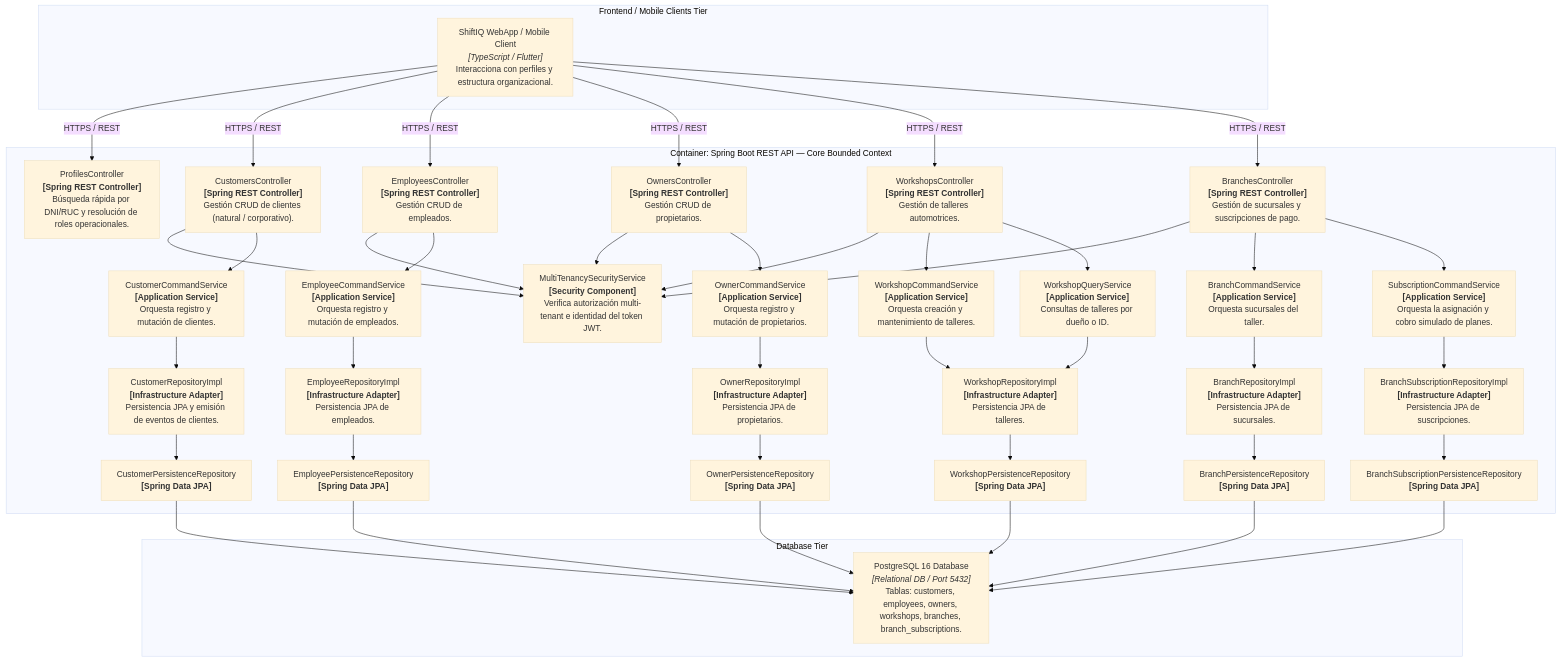
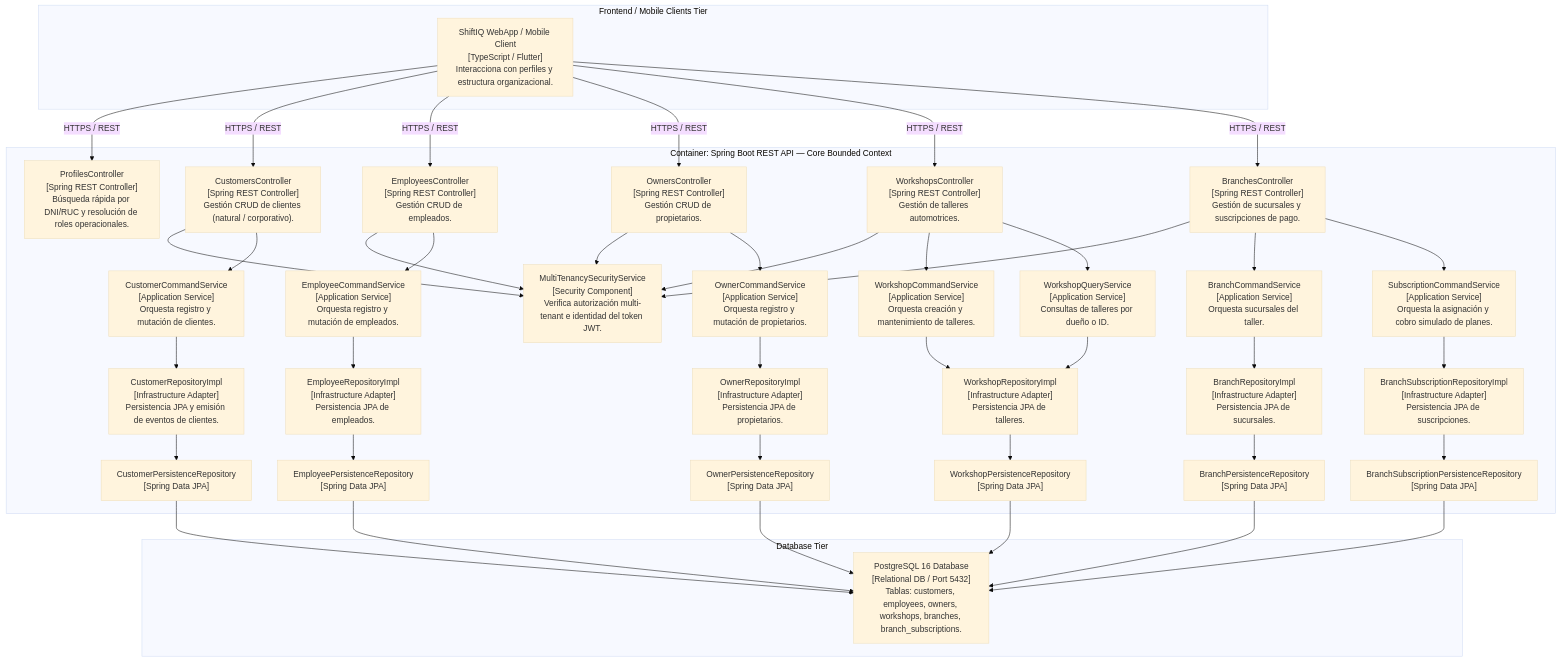
Before and after one commit to tux-logic/upc-pre-202620-1acc0238-13981-TuxLogic-report: the fifth of 7 diagrams in docs/core-bounded-context-dictionary.md, drawn with Mermaid (base theme). The commit also changed 57 other files, not shown here.

Commit message:
fix(diagrams): fix HTML labels, format bold C4 titles and add gitignore.

````diff
--- a/docs/core-bounded-context-dictionary.md
+++ b/docs/core-bounded-context-dictionary.md
@@ -726,44 +726,44 @@
 ```mermaid
 graph TB
     subgraph Client_Tier ["Frontend / Mobile Clients Tier"]
-        ClientApp["ShiftIQ WebApp / Mobile Client<br><i>[TypeScript / Flutter]</i><br>Interacciona con perfiles y estructura organizacional."]
+        ClientApp["ShiftIQ WebApp / Mobile Client<br>[TypeScript / Flutter]<br>Interacciona con perfiles y estructura organizacional."]
     end
 
     subgraph External_DB ["Database Tier"]
-        PostgreSql["PostgreSQL 16 Database<br><i>[Relational DB / Port 5432]</i><br>Tablas: customers, employees, owners, workshops, branches, branch_subscriptions."]
+        PostgreSql["PostgreSQL 16 Database<br>[Relational DB / Port 5432]<br>Tablas: customers, employees, owners, workshops, branches, branch_subscriptions."]
     end
 
     subgraph Core_Container ["Container: Spring Boot REST API — Core Bounded Context"]
-        ProfilesCtrl["ProfilesController<br><b>[Spring REST Controller]</b><br>Búsqueda rápida por DNI/RUC y resolución de roles operacionales."]
-        CustomersCtrl["CustomersController<br><b>[Spring REST Controller]</b><br>Gestión CRUD de clientes (natural / corporativo)."]
-        EmployeesCtrl["EmployeesController<br><b>[Spring REST Controller]</b><br>Gestión CRUD de empleados."]
-        OwnersCtrl["OwnersController<br><b>[Spring REST Controller]</b><br>Gestión CRUD de propietarios."]
-        WorkshopsCtrl["WorkshopsController<br><b>[Spring REST Controller]</b><br>Gestión de talleres automotrices."]
-        BranchesCtrl["BranchesController<br><b>[Spring REST Controller]</b><br>Gestión de sucursales y suscripciones de pago."]
+        ProfilesCtrl["ProfilesController<br>[Spring REST Controller]<br>Búsqueda rápida por DNI/RUC y resolución de roles operacionales."]
+        CustomersCtrl["CustomersController<br>[Spring REST Controller]<br>Gestión CRUD de clientes (natural / corporativo)."]
+        EmployeesCtrl["EmployeesController<br>[Spring REST Controller]<br>Gestión CRUD de empleados."]
+        OwnersCtrl["OwnersController<br>[Spring REST Controller]<br>Gestión CRUD de propietarios."]
+        WorkshopsCtrl["WorkshopsController<br>[Spring REST Controller]<br>Gestión de talleres automotrices."]
+        BranchesCtrl["BranchesController<br>[Spring REST Controller]<br>Gestión de sucursales y suscripciones de pago."]
 
-        MultiTenancySecService["MultiTenancySecurityService<br><b>[Security Component]</b><br>Verifica autorización multi-tenant e identidad del token JWT."]
+        MultiTenancySecService["MultiTenancySecurityService<br>[Security Component]<br>Verifica autorización multi-tenant e identidad del token JWT."]
 
-        CustCmdService["CustomerCommandService<br><b>[Application Service]</b><br>Orquesta registro y mutación de clientes."]
-        EmpCmdService["EmployeeCommandService<br><b>[Application Service]</b><br>Orquesta registro y mutación de empleados."]
-        OwnerCmdService["OwnerCommandService<br><b>[Application Service]</b><br>Orquesta registro y mutación de propietarios."]
-        WorkCmdService["WorkshopCommandService<br><b>[Application Service]</b><br>Orquesta creación y mantenimiento de talleres."]
-        WorkQueryService["WorkshopQueryService<br><b>[Application Service]</b><br>Consultas de talleres por dueño o ID."]
-        BranchCmdService["BranchCommandService<br><b>[Application Service]</b><br>Orquesta sucursales del taller."]
-        SubCmdService["SubscriptionCommandService<br><b>[Application Service]</b><br>Orquesta la asignación y cobro simulado de planes."]
+        CustCmdService["CustomerCommandService<br>[Application Service]<br>Orquesta registro y mutación de clientes."]
+        EmpCmdService["EmployeeCommandService<br>[Application Service]<br>Orquesta registro y mutación de empleados."]
+        OwnerCmdService["OwnerCommandService<br>[Application Service]<br>Orquesta registro y mutación de propietarios."]
+        WorkCmdService["WorkshopCommandService<br>[Application Service]<br>Orquesta creación y mantenimiento de talleres."]
+        WorkQueryService["WorkshopQueryService<br>[Application Service]<br>Consultas de talleres por dueño o ID."]
+        BranchCmdService["BranchCommandService<br>[Application Service]<br>Orquesta sucursales del taller."]
+        SubCmdService["SubscriptionCommandService<br>[Application Service]<br>Orquesta la asignación y cobro simulado de planes."]
 
-        CustRepoAdapter["CustomerRepositoryImpl<br><b>[Infrastructure Adapter]</b><br>Persistencia JPA y emisión de eventos de clientes."]
-        EmpRepoAdapter["EmployeeRepositoryImpl<br><b>[Infrastructure Adapter]</b><br>Persistencia JPA de empleados."]
-        OwnerRepoAdapter["OwnerRepositoryImpl<br><b>[Infrastructure Adapter]</b><br>Persistencia JPA de propietarios."]
-        WorkRepoAdapter["WorkshopRepositoryImpl<br><b>[Infrastructure Adapter]</b><br>Persistencia JPA de talleres."]
-        BranchRepoAdapter["BranchRepositoryImpl<br><b>[Infrastructure Adapter]</b><br>Persistencia JPA de sucursales."]
-        SubRepoAdapter["BranchSubscriptionRepositoryImpl<br><b>[Infrastructure Adapter]</b><br>Persistencia JPA de suscripciones."]
+        CustRepoAdapter["CustomerRepositoryImpl<br>[Infrastructure Adapter]<br>Persistencia JPA y emisión de eventos de clientes."]
+        EmpRepoAdapter["EmployeeRepositoryImpl<br>[Infrastructure Adapter]<br>Persistencia JPA de empleados."]
+        OwnerRepoAdapter["OwnerRepositoryImpl<br>[Infrastructure Adapter]<br>Persistencia JPA de propietarios."]
+        WorkRepoAdapter["WorkshopRepositoryImpl<br>[Infrastructure Adapter]<br>Persistencia JPA de talleres."]
+        BranchRepoAdapter["BranchRepositoryImpl<br>[Infrastructure Adapter]<br>Persistencia JPA de sucursales."]
+        SubRepoAdapter["BranchSubscriptionRepositoryImpl<br>[Infrastructure Adapter]<br>Persistencia JPA de suscripciones."]
 
-        CustJpaRepo["CustomerPersistenceRepository<br><b>[Spring Data JPA]</b>"]
-        EmpJpaRepo["EmployeePersistenceRepository<br><b>[Spring Data JPA]</b>"]
-        OwnerJpaRepo["OwnerPersistenceRepository<br><b>[Spring Data JPA]</b>"]
-        WorkJpaRepo["WorkshopPersistenceRepository<br><b>[Spring Data JPA]</b>"]
-        BranchJpaRepo["BranchPersistenceRepository<br><b>[Spring Data JPA]</b>"]
-        SubJpaRepo["BranchSubscriptionPersistenceRepository<br><b>[Spring Data JPA]</b>"]
+        CustJpaRepo["CustomerPersistenceRepository<br>[Spring Data JPA]"]
+        EmpJpaRepo["EmployeePersistenceRepository<br>[Spring Data JPA]"]
+        OwnerJpaRepo["OwnerPersistenceRepository<br>[Spring Data JPA]"]
+        WorkJpaRepo["WorkshopPersistenceRepository<br>[Spring Data JPA]"]
+        BranchJpaRepo["BranchPersistenceRepository<br>[Spring Data JPA]"]
+        SubJpaRepo["BranchSubscriptionPersistenceRepository<br>[Spring Data JPA]"]
     end
 
     ClientApp -->|"HTTPS / REST"| ProfilesCtrl
````
